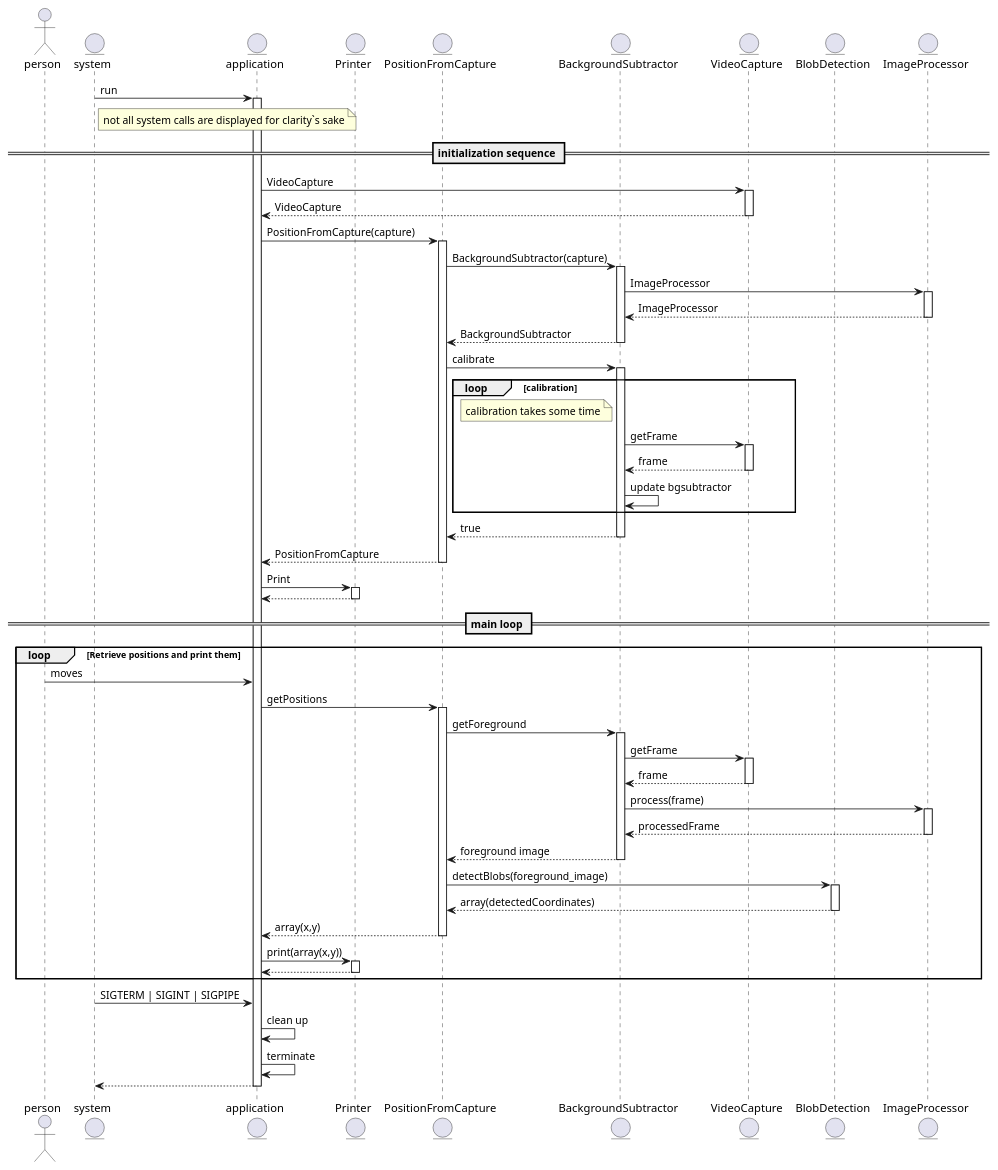
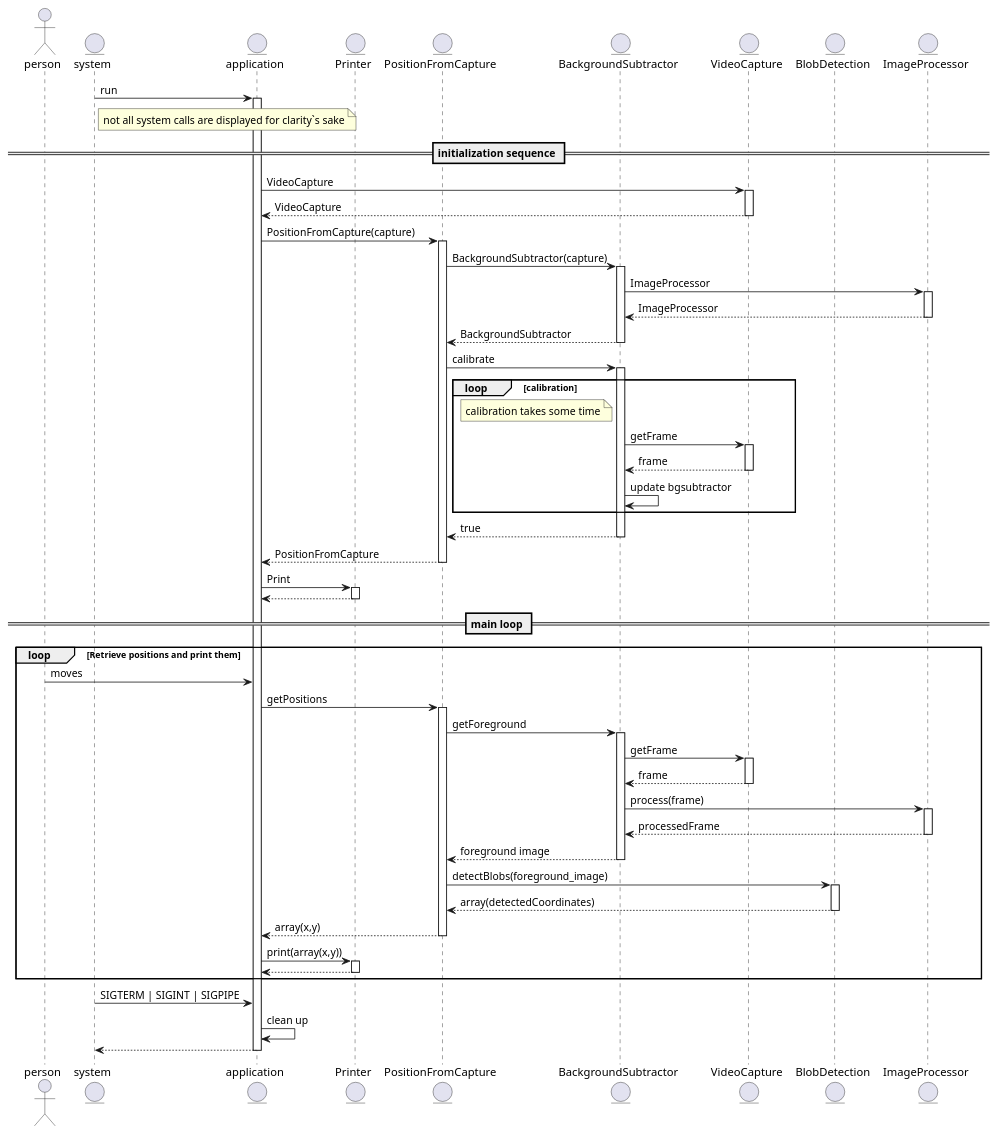
The diagram in docs/plantuml sources/sequence_blob.plantuml (Mindavi/Positiebepalingssysteem), drawn with PlantUML before and after one commit.

Commit message:
Terminate was not needed, so removed it.

```diff
--- a/docs/plantuml sources/sequence_blob.plantuml
+++ b/docs/plantuml sources/sequence_blob.plantuml
@@ -1,102 +1,101 @@
 @startuml
 
 actor person
 entity system
 entity application
 entity Printer as print
 entity PositionFromCapture as pos
 entity BackgroundSubtractor as bg
 entity VideoCapture as vc
 entity BlobDetection as bd
 entity ImageProcessor as img
 
 system -> application : run
 activate application
 
 'there are several system calls, e.g. to the camera, for printing data etc.
 note right of system : not all system calls are displayed for clarity`s sake
 
 == initialization sequence ==
 'when an object is created, activate after construction or before construction?'
 application -> vc : VideoCapture
 activate vc
 vc --> application : VideoCapture
 deactivate vc
 application -> pos : PositionFromCapture(capture)
 activate pos
 pos -> bg : BackgroundSubtractor(capture)
 activate bg
 bg -> img : ImageProcessor
 activate img
 img --> bg : ImageProcessor
 deactivate img
 bg --> pos : BackgroundSubtractor
 deactivate bg
 pos -> bg : calibrate
 activate bg
 loop calibration
 note left of bg : calibration takes some time
 bg -> vc : getFrame
 activate vc
 vc --> bg : frame
 deactivate vc
 bg -> bg : update bgsubtractor
 end
 bg --> pos : true
 deactivate bg
 pos --> application : PositionFromCapture
 deactivate pos
 application -> print : Print
 activate print
 print --> application
 deactivate print
 
 
 
 == main loop ==
 loop Retrieve positions and print them
 person -> application: moves
 application -> pos : getPositions
 activate pos
 pos -> bg : getForeground
 activate bg
 bg -> vc : getFrame
 activate vc
 vc --> bg : frame
 deactivate vc
 bg -> img : process(frame)
 activate img
 img --> bg : processedFrame
 deactivate img
 'FIXME syntax'
 bg --> pos : foreground image
 deactivate bg
 pos -> bd: detectBlobs(foreground_image)
 activate bd
 bd --> pos: array(detectedCoordinates)
 deactivate bd
 
 'FIXME syntax'
 pos --> application : array(x,y)
 deactivate pos
 application -> print : print(array(x,y))
 activate print
 print --> application
 deactivate print
 
 end
 
 system -> application : SIGTERM | SIGINT | SIGPIPE
 application -> application : clean up
 deactivate pos
 deactivate bg
 deactivate vc
 deactivate bd
 deactivate img
 deactivate print
-application -> application : terminate
 application --> system
 deactivate application
 
 
 @enduml
```
